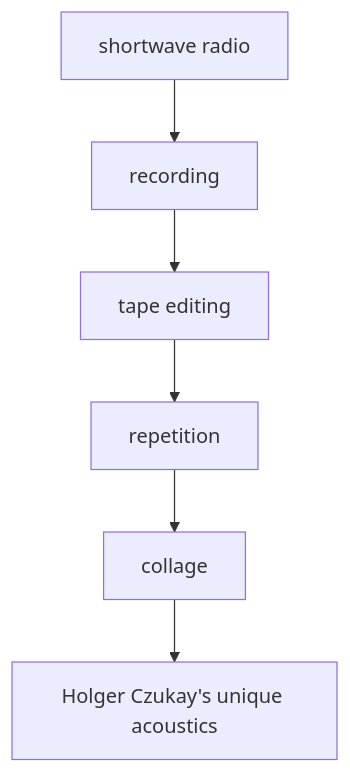
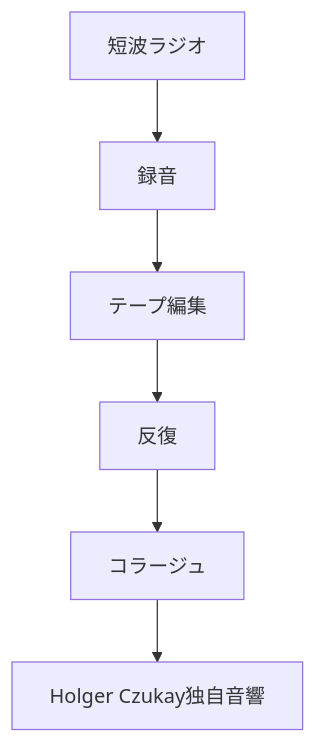
One commit to monumental-movement/monumental-movement.github.io changed the fifth of 8 diagrams in en/_posts/2026-05-16-column-holger-czukay.md. Above: the diagram before and after it, drawn with Mermaid. The commit also changed other lines of this file and 2196 other files, not shown here.

```diff
--- a/en/_posts/2026-05-16-column-holger-czukay.md
+++ b/en/_posts/2026-05-16-column-holger-czukay.md
@@ -322,8 +321,8 @@
 <div class="mermaid">
 flowchart TD
-A[shortwave radio] --> B[recording]
-B --> C[tape editing]
-C --> D[repetition]
-D --> E[collage]
-E --> F[Holger Czukay's unique acoustics]
+A[短波ラジオ] --> B[録音]
+B --> C[テープ編集]
+C --> D[反復]
+D --> E[コラージュ]
+E --> F[Holger Czukay独自音響]
 </div>
```
